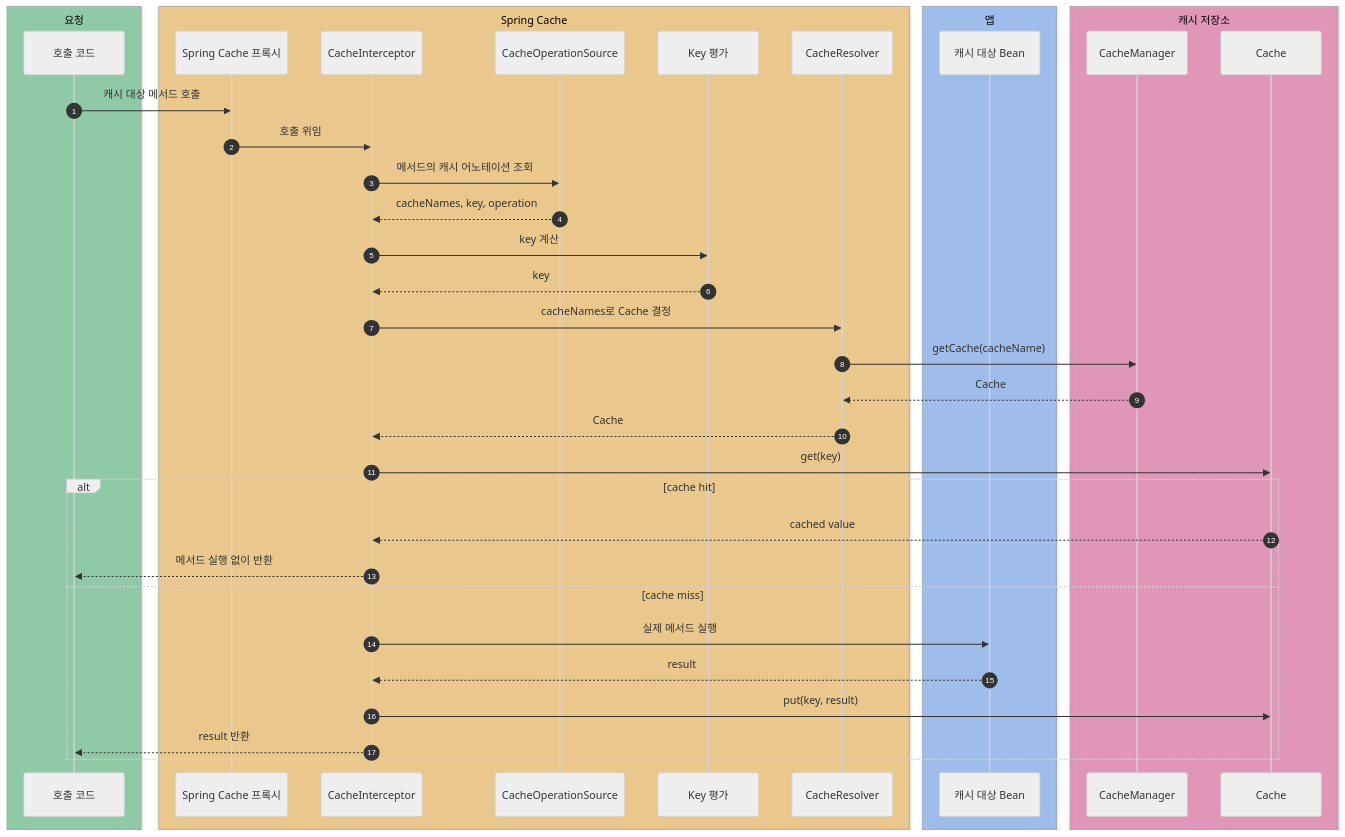
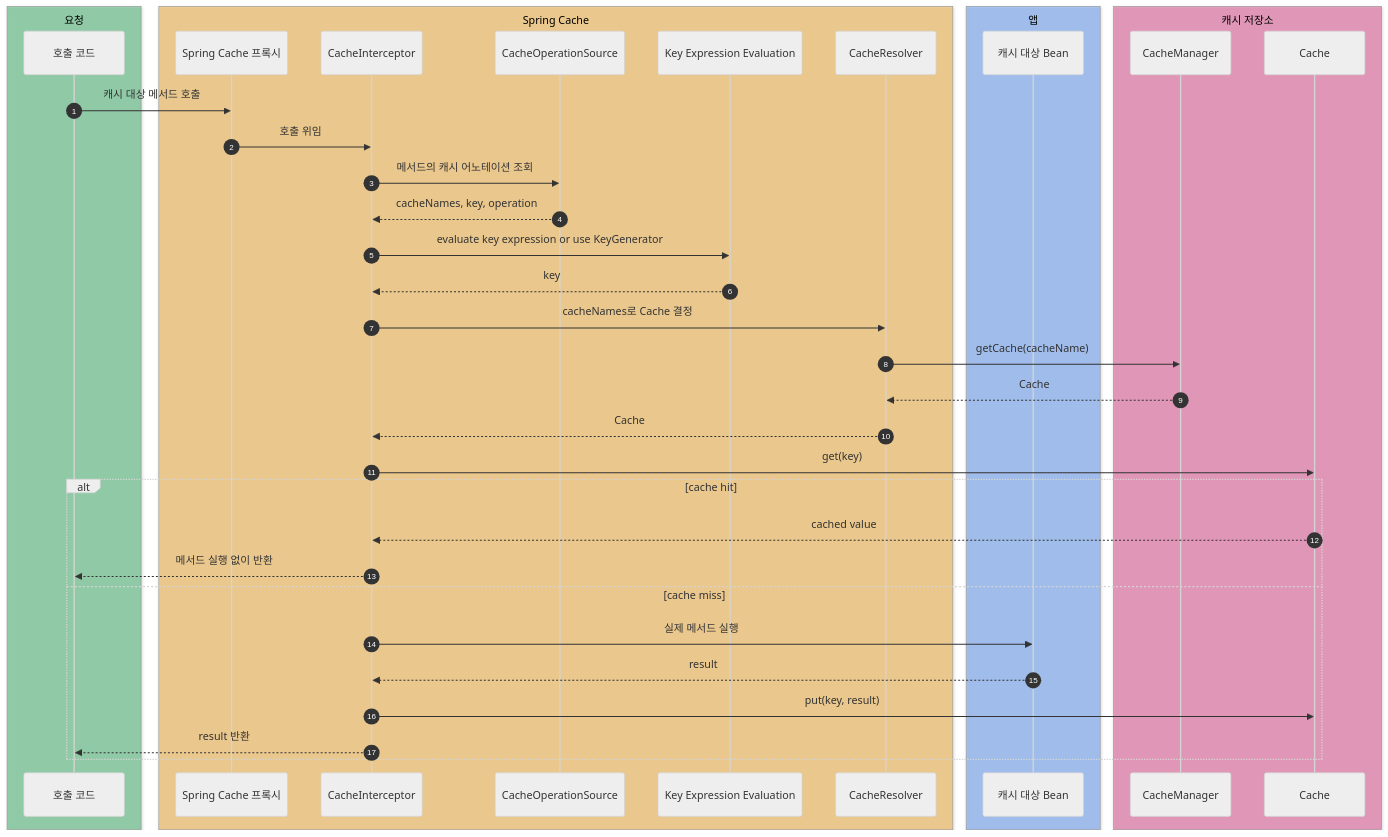
One commit to HJC96/deep-dive changed the fourth of 8 diagrams in labs/spring-cache-local/README.md. Above: the diagram before and after it, drawn with Mermaid (neutral theme). The commit also changed other lines of this file and 4 other files, not shown here.

````diff
--- a/labs/spring-cache-local/README.md
+++ b/labs/spring-cache-local/README.md
@@ -123,46 +124,46 @@
 ```mermaid
 sequenceDiagram
     autonumber
 
     box rgba(22, 163, 74, 0.40) 요청
     participant Client as 호출 코드
     end
 
     box rgba(245, 158, 11, 0.40) Spring Cache
     participant Proxy as Spring Cache 프록시
     participant Interceptor as CacheInterceptor
     participant Source as CacheOperationSource
-    participant KeyGen as Key 평가
+    participant KeyEval as Key Expression Evaluation
     participant Resolver as CacheResolver
     end
 
     box rgba(59, 130, 246, 0.40) 앱
     participant Target as 캐시 대상 Bean
     end
 
     box rgba(219, 39, 119, 0.40) 캐시 저장소
     participant Manager as CacheManager
     participant Cache as Cache
     end
 
     Client->>Proxy: 캐시 대상 메서드 호출
     Proxy->>Interceptor: 호출 위임
     Interceptor->>Source: 메서드의 캐시 어노테이션 조회
     Source-->>Interceptor: cacheNames, key, operation
-    Interceptor->>KeyGen: key 계산
-    KeyGen-->>Interceptor: key
+    Interceptor->>KeyEval: evaluate key expression or use KeyGenerator
+    KeyEval-->>Interceptor: key
     Interceptor->>Resolver: cacheNames로 Cache 결정
     Resolver->>Manager: getCache(cacheName)
     Manager-->>Resolver: Cache
     Resolver-->>Interceptor: Cache
     Interceptor->>Cache: get(key)
     alt cache hit
         Cache-->>Interceptor: cached value
         Interceptor-->>Client: 메서드 실행 없이 반환
     else cache miss
         Interceptor->>Target: 실제 메서드 실행
         Target-->>Interceptor: result
         Interceptor->>Cache: put(key, result)
         Interceptor-->>Client: result 반환
     end
 ```
````
